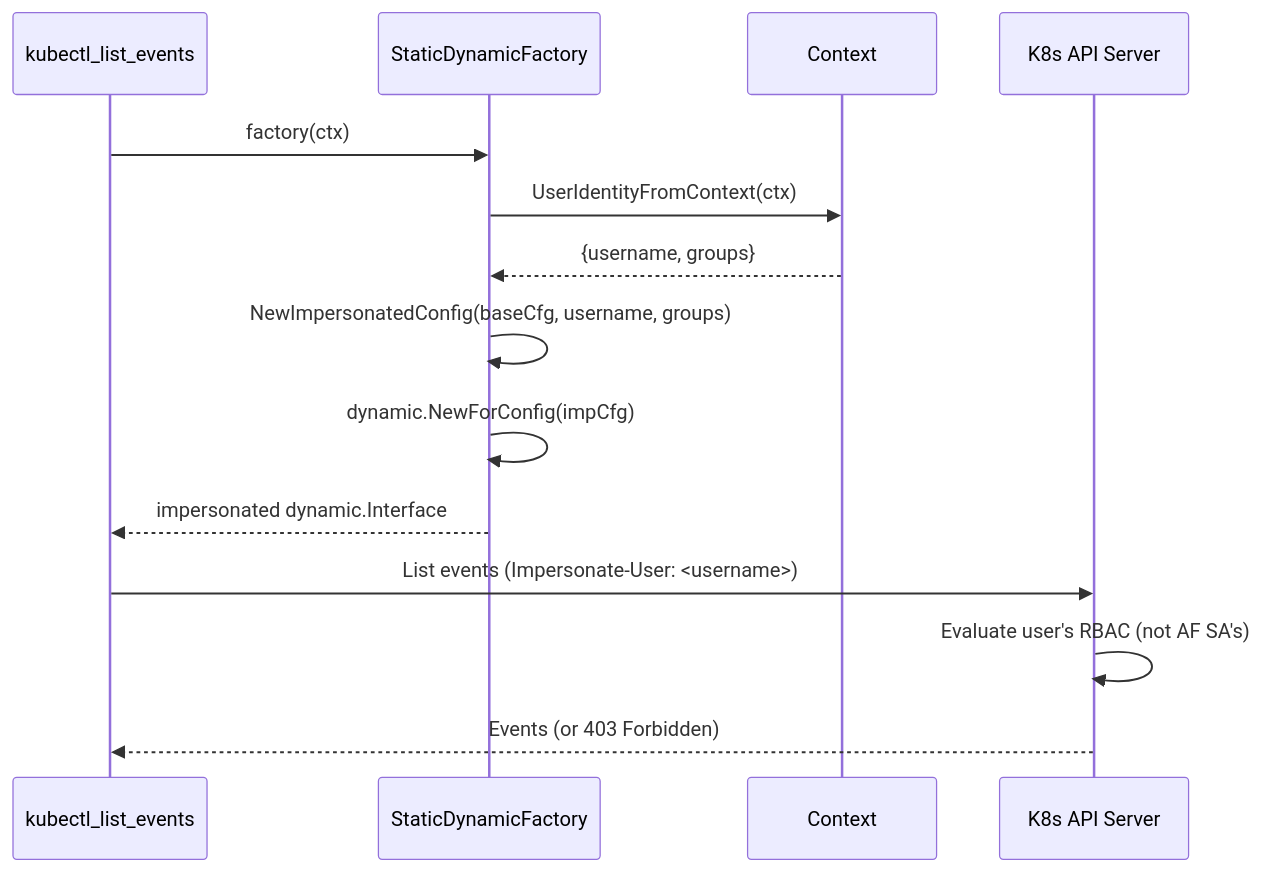
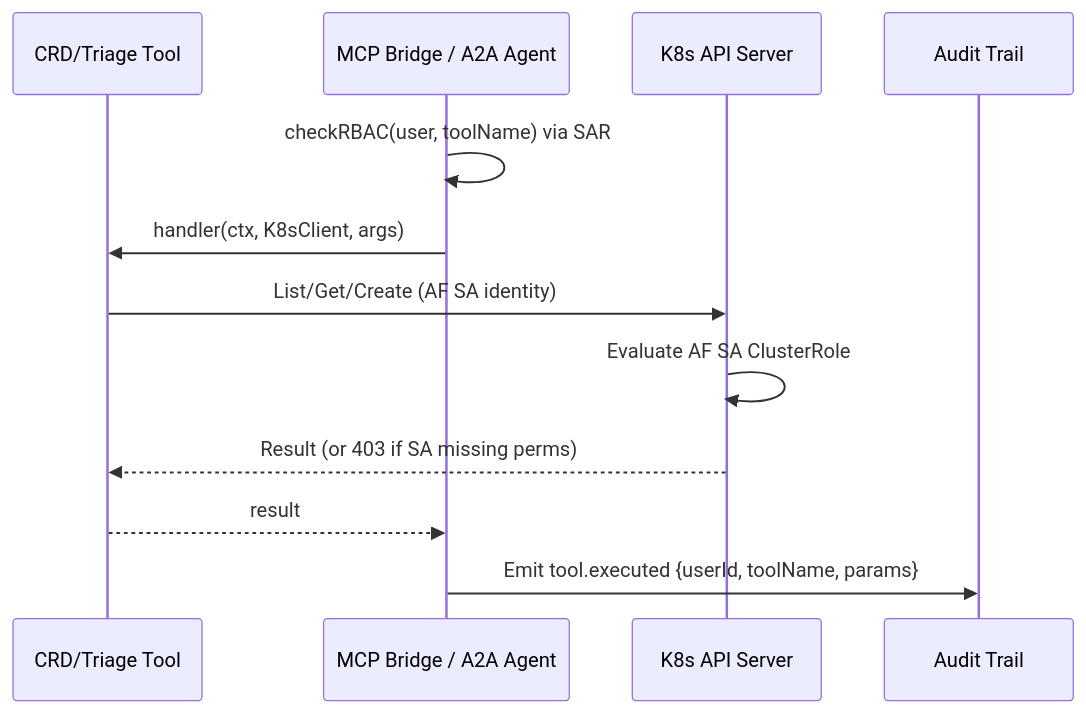
One commit to jordigilh/kubernaut changed the second of 2 diagrams in docs/services/apifrontend/security/AUTHENTICATION_AND_RBAC.md. Above: the diagram before and after it, drawn with Mermaid. The commit also changed other lines of this file and 22 other files, not shown here.

````diff
--- a/docs/services/apifrontend/security/AUTHENTICATION_AND_RBAC.md
+++ b/docs/services/apifrontend/security/AUTHENTICATION_AND_RBAC.md
@@ -164,17 +164,15 @@
 ```mermaid
 sequenceDiagram
-    participant Tool as kubectl_list_events
-    participant Factory as StaticDynamicFactory
-    participant CTX as Context
+    participant Tool as CRD/Triage Tool
+    participant Bridge as MCP Bridge / A2A Agent
     participant K8s as K8s API Server
+    participant Audit as Audit Trail
 
-    Tool->>Factory: factory(ctx)
-    Factory->>CTX: UserIdentityFromContext(ctx)
-    CTX-->>Factory: {username, groups}
-    Factory->>Factory: NewImpersonatedConfig(baseCfg, username, groups)
-    Factory->>Factory: dynamic.NewForConfig(impCfg)
-    Factory-->>Tool: impersonated dynamic.Interface
-    Tool->>K8s: List events (Impersonate-User: <username>)
-    K8s->>K8s: Evaluate user's RBAC (not AF SA's)
-    K8s-->>Tool: Events (or 403 Forbidden)
+    Bridge->>Bridge: checkRBAC(user, toolName) via SAR
+    Bridge->>Tool: handler(ctx, K8sClient, args)
+    Tool->>K8s: List/Get/Create (AF SA identity)
+    K8s->>K8s: Evaluate AF SA ClusterRole
+    K8s-->>Tool: Result (or 403 if SA missing perms)
+    Tool-->>Bridge: result
+    Bridge->>Audit: Emit tool.executed {userId, toolName, params}
 ```
````
